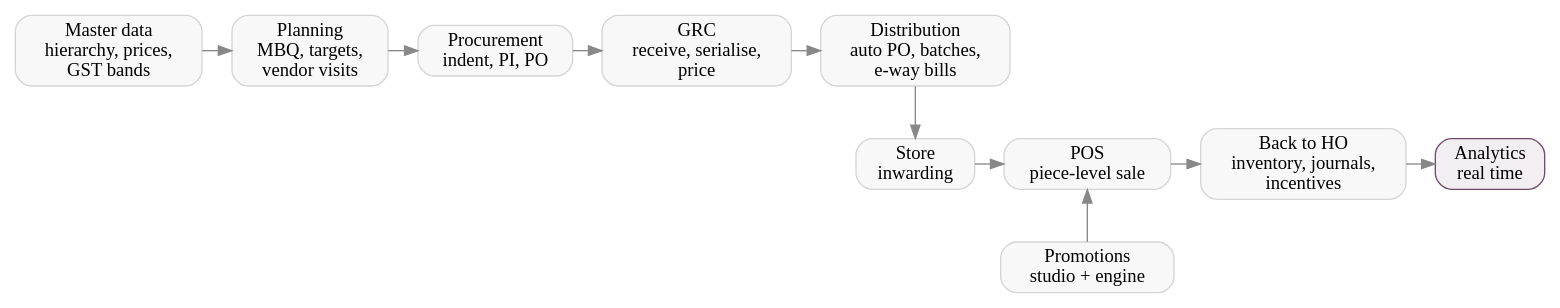
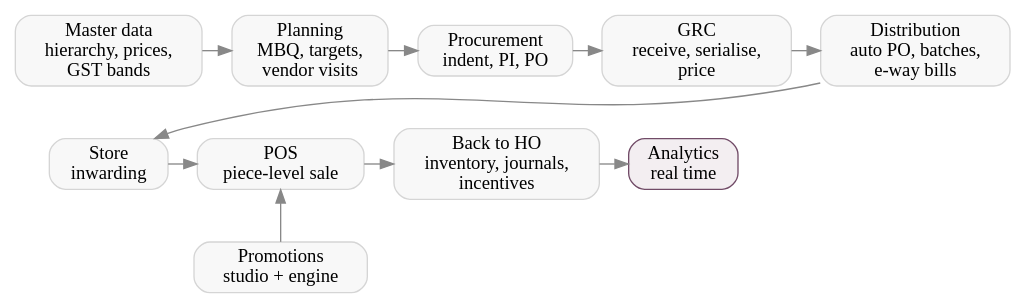
The diagram in content/case_studies/retail.rst (metalogicdigital/erp-docs), drawn with Graphviz before and after one commit. The commit also changed 3 other files, not shown here.

Commit message:
Align wrapped diagram rows under the first row

```diff
--- a/content/case_studies/retail.rst
+++ b/content/case_studies/retail.rst
@@ -60,24 +60,25 @@
 .. graphviz::
    :caption: The retail value chain, end to end
 
    digraph vc {
       rankdir=TB; nodesep=0.3; ranksep=0.45;
       node [shape=box, style="rounded,filled", fillcolor="#F8F8F8", color="#D5D5D5"];
       edge [color="#888888"];
       { rank=same;
         md [label="Master data\nhierarchy, prices,\nGST bands"];
         pl [label="Planning\nMBQ, targets,\nvendor visits"];
         pr [label="Procurement\nindent, PI, PO"];
         gr [label="GRC\nreceive, serialise,\nprice"];
         ds [label="Distribution\nauto PO, batches,\ne-way bills"]; }
       { rank=same;
         st [label="Store\ninwarding"];
         ps [label="POS\npiece-level sale"];
         ho [label="Back to HO\ninventory, journals,\nincentives"];
         an [label="Analytics\nreal time", fillcolor="#f3eef1", color="#714B67"]; }
       pm [label="Promotions\nstudio + engine"];
       md -> pl -> pr -> gr -> ds;
-      ds -> st;
+      ds -> st [constraint=false];
+      md -> st [style=invis];
       st -> ps -> ho -> an;
       ps -> pm [dir=back];
    }
```
